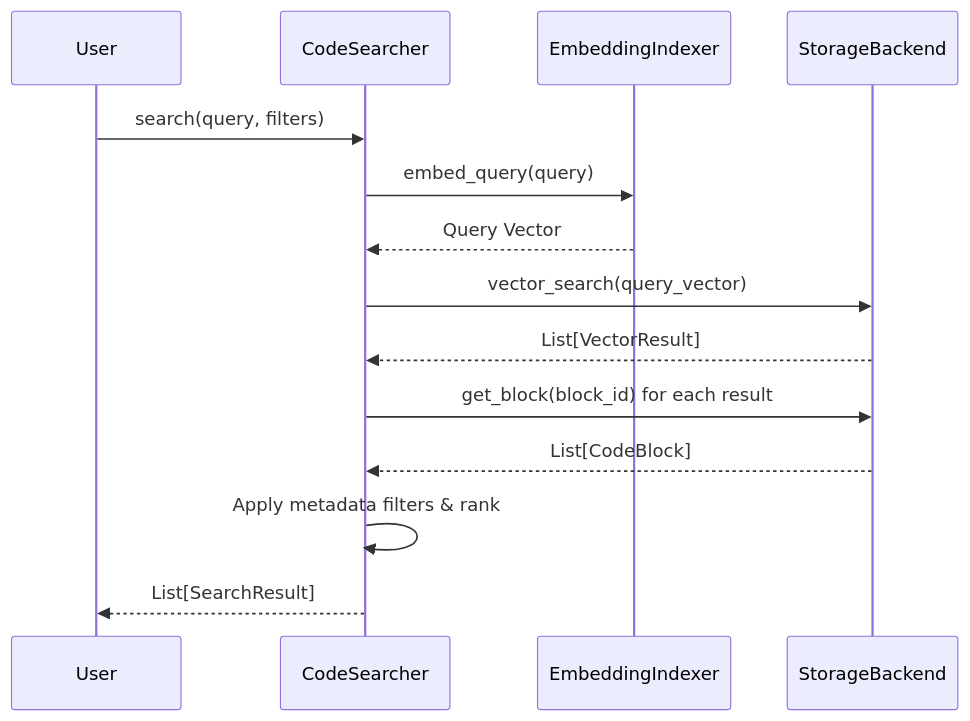
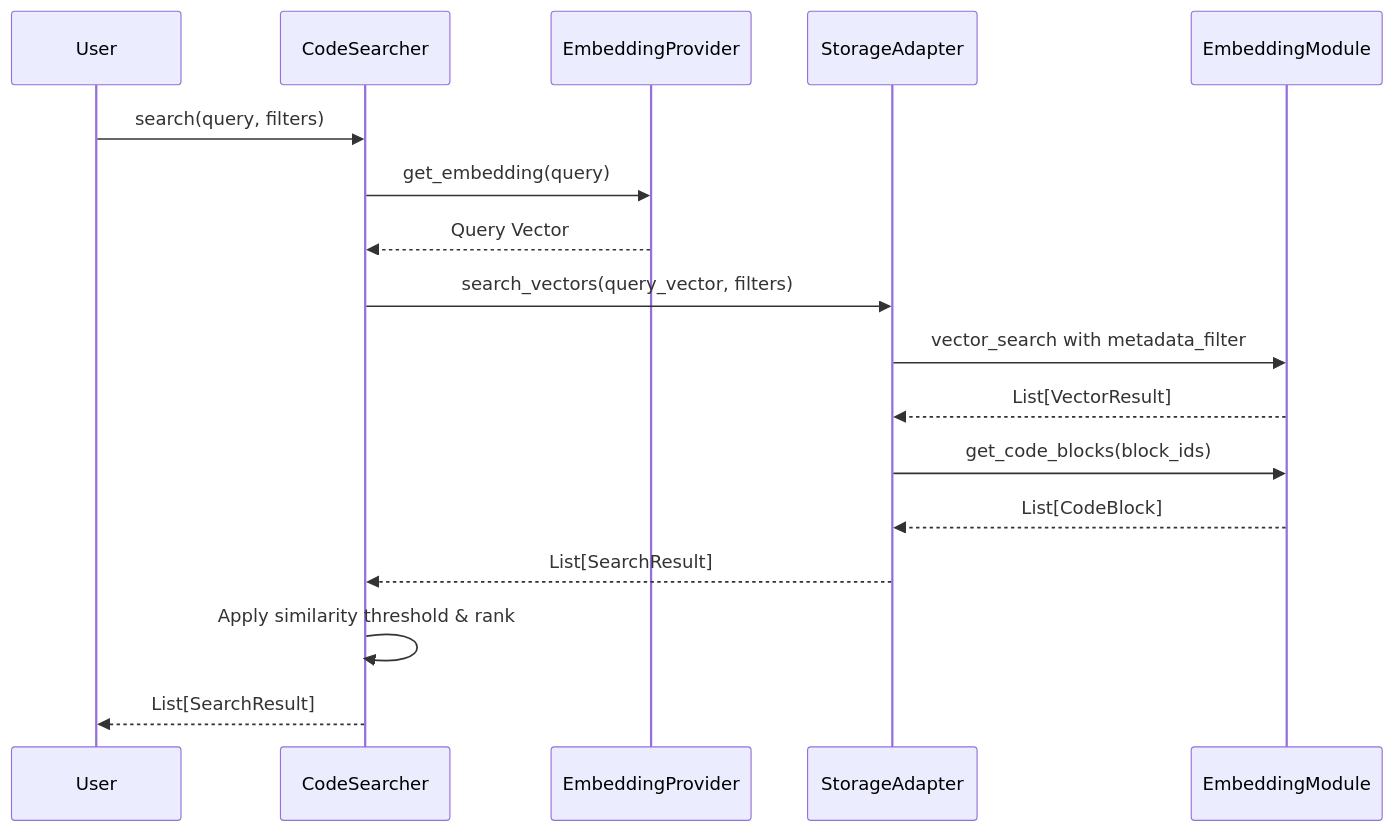
The second of 2 diagrams in docs/core_module.md (XingYu-Zhong/CodeRepoIndex), drawn with Mermaid before and after one commit. The commit also changed other lines of this file and 25 other files, not shown here.

````diff
--- a/docs/core_module.md
+++ b/docs/core_module.md
@@ -80,17 +102,20 @@
 ```mermaid
 sequenceDiagram
     participant User
     participant CodeSearcher
-    participant EmbeddingIndexer
-    participant StorageBackend
+    participant EmbeddingProvider
+    participant StorageAdapter
+    participant EmbeddingModule
 
     User->>CodeSearcher: search(query, filters)
-    CodeSearcher->>EmbeddingIndexer: embed_query(query)
-    EmbeddingIndexer-->>CodeSearcher: Query Vector
-    CodeSearcher->>StorageBackend: vector_search(query_vector)
-    StorageBackend-->>CodeSearcher: List[VectorResult]
-    CodeSearcher->>StorageBackend: get_block(block_id) for each result
-    StorageBackend-->>CodeSearcher: List[CodeBlock]
-    CodeSearcher->>CodeSearcher: Apply metadata filters & rank
+    CodeSearcher->>EmbeddingProvider: get_embedding(query)
+    EmbeddingProvider-->>CodeSearcher: Query Vector
+    CodeSearcher->>StorageAdapter: search_vectors(query_vector, filters)
+    StorageAdapter->>EmbeddingModule: vector_search with metadata_filter
+    EmbeddingModule-->>StorageAdapter: List[VectorResult]
+    StorageAdapter->>EmbeddingModule: get_code_blocks(block_ids)
+    EmbeddingModule-->>StorageAdapter: List[CodeBlock]
+    StorageAdapter-->>CodeSearcher: List[SearchResult]
+    CodeSearcher->>CodeSearcher: Apply similarity threshold & rank
     CodeSearcher-->>User: List[SearchResult]
 ```
````
